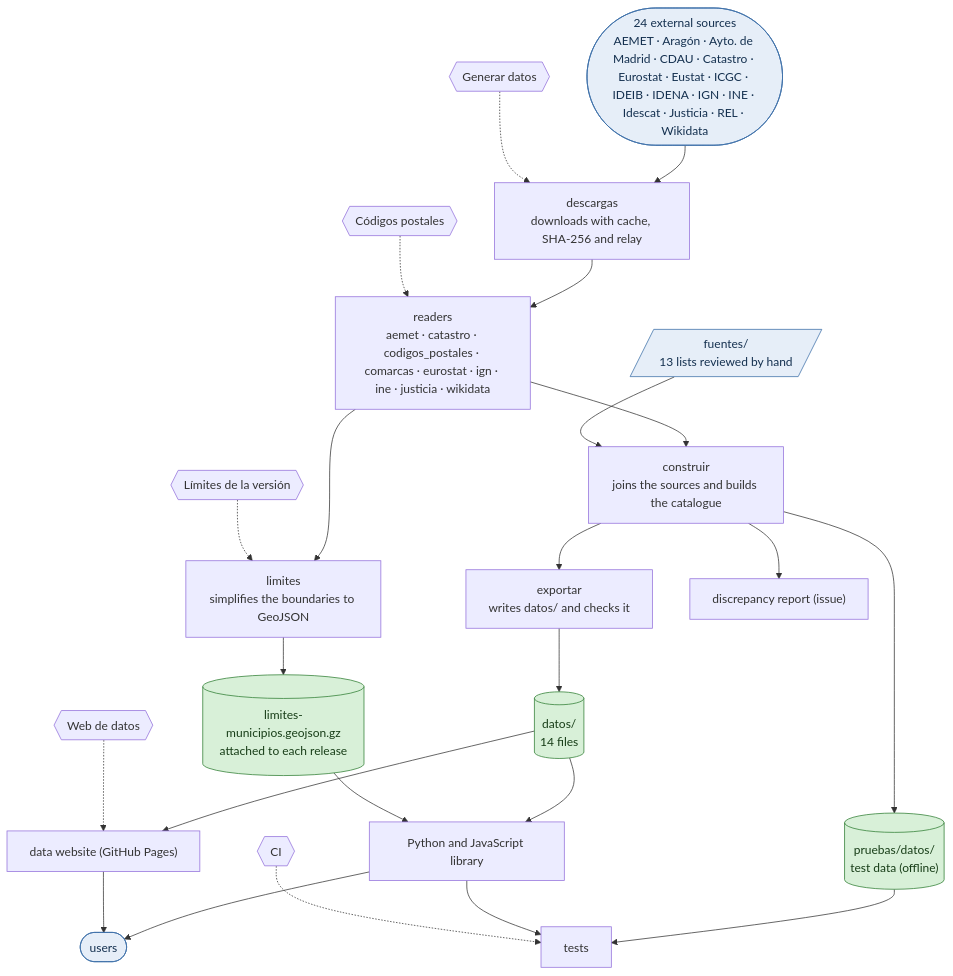
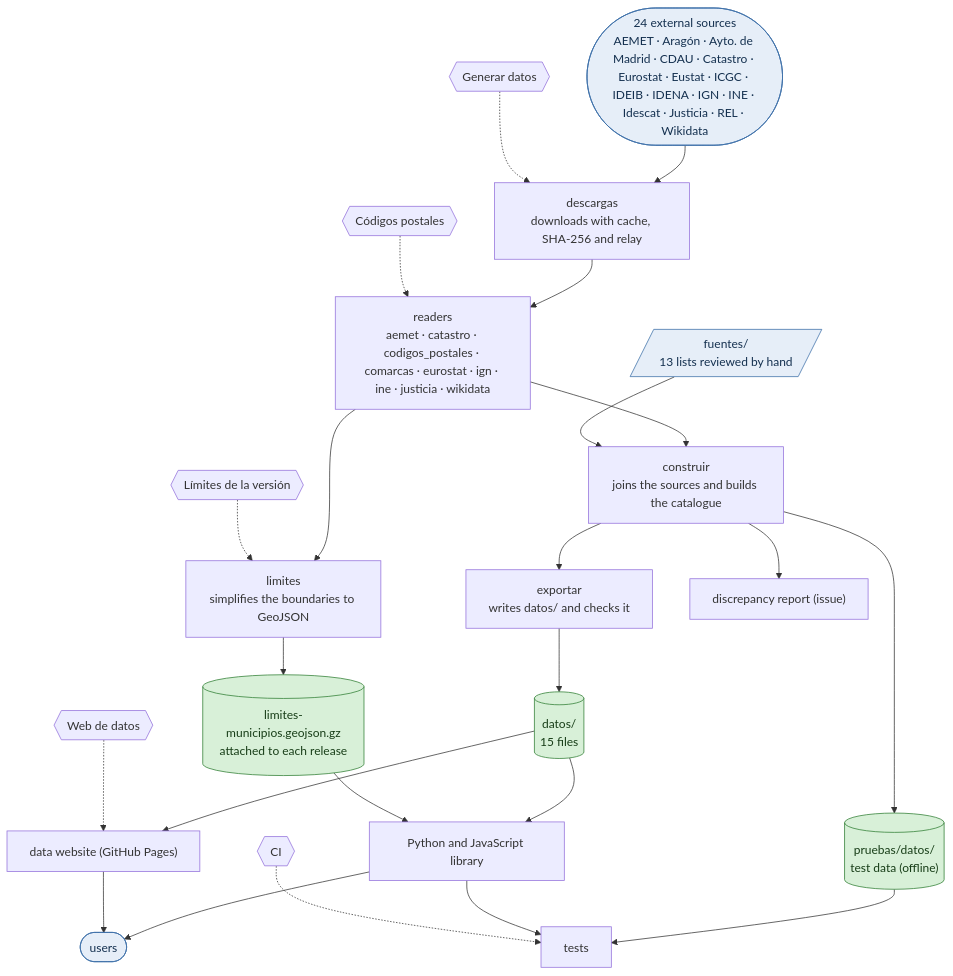
Before and after one commit to alertapublica/territorios-es: the fourth of 6 diagrams in docs/status.md, drawn with Mermaid. The commit also changed other lines of this file and 2 other files, not shown here.

Commit message:
Estado: regenerado con los datos de main (comarcas incluidas); generar.yml también lo regenera al subir datos a una rama

````diff
--- a/docs/status.md
+++ b/docs/status.md
@@ -122,44 +122,44 @@
 ```mermaid
 flowchart TB
   ext(["24 external sources<br>AEMET · Aragón · Ayto. de Madrid · CDAU · Catastro · Eurostat · Eustat · ICGC · IDEIB · IDENA · IGN · INE · Idescat · Justicia · REL · Wikidata"])
   hand[/"fuentes/<br>13 lists reviewed by hand"/]
   descargas["descargas<br>downloads with cache, SHA-256 and relay"]
   readers["readers<br>aemet · catastro · codigos_postales · comarcas · eurostat · ign · ine · justicia · wikidata"]
   construir["construir<br>joins the sources and builds the catalogue"]
   exportar["exportar<br>writes datos/ and checks it"]
   limites["limites<br>simplifies the boundaries to GeoJSON"]
-  datos[("datos/<br>14 files")]
+  datos[("datos/<br>15 files")]
   geo[("limites-municipios.geojson.gz<br>attached to each release")]
   report["discrepancy report (issue)"]
   lib["Python and JavaScript library"]
   web["data website (GitHub Pages)"]
   users(["users"])
   fixture[("pruebas/datos/<br>test data (offline)")]
   tests["tests"]
   ext --> descargas --> readers --> construir --> exportar --> datos
   hand --> construir
   readers --> limites --> geo
   construir --> report
   datos --> lib
   geo --> lib
   datos --> web
   lib --> users
   web --> users
   construir --> fixture --> tests
   lib --> tests
   wf_ci_yml{{"CI"}}
   wf_generar_yml{{"Generar datos"}}
   wf_codigos_postales_yml{{"Códigos postales"}}
   wf_limites_yml{{"Límites de la versión"}}
   wf_pages_yml{{"Web de datos"}}
   wf_generar_yml -.-> descargas
   wf_codigos_postales_yml -.-> readers
   wf_limites_yml -.-> limites
   wf_pages_yml -.-> web
   wf_ci_yml -.-> tests
   class datos,geo,fixture done
   class ext,hand,users box
   classDef done fill:#d8f0d8,stroke:#2e7d32,color:#173d17
   classDef todo fill:#fdecc8,stroke:#b26a00,color:#4a2c00,stroke-dasharray:4 3
   classDef box fill:#e6eef8,stroke:#3b6ea8,color:#14304f
 ```
````
